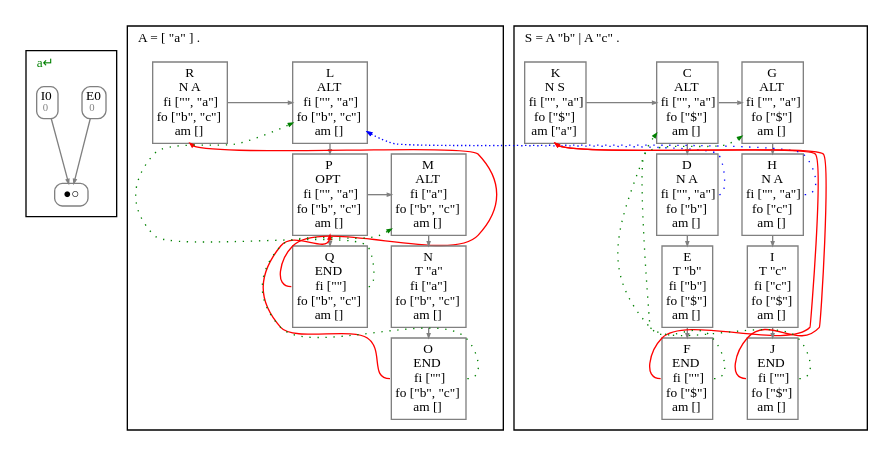
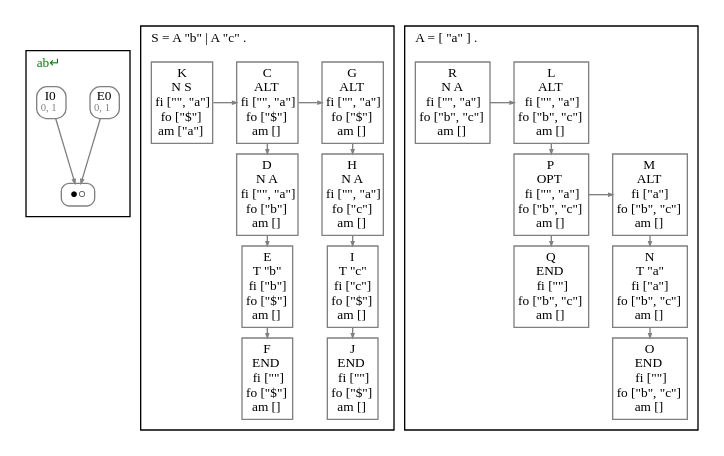
The diagram in ART.gv (JanWillemBrands/AoC2021), drawn with Graphviz before and after one commit. The commit also changed 17 other files, not shown here.

```diff
--- a/ART.gv
+++ b/ART.gv
@@ -1,88 +1,78 @@
 digraph G {
   fontname = Menlo
   fontsize = 10
   node [fontname = Menlo, fontsize = 10, color = gray, height = 0, width = 0, margin= 0.04]
   edge [fontname = Menlo, fontsize = 10, color = gray, arrowsize = 0.3]
   graph [ranksep = 0.1]
   rankdir = "TB"
   subgraph GSS {
     cluster = true
-    label = <a↵> fontcolor = green
+    label = <ab↵> fontcolor = green
     labeljust = l
     node [shape = box, style = rounded, height = 0]
-    E0 [label = <E0<br/><font color="gray" point-size="8.0"> 0</font>>]
+    E0 [label = <E0<br/><font color="gray" point-size="8.0"> 0, 1</font>>]
     E0 -> ●○
-    I0 [label = <I0<br/><font color="gray" point-size="8.0"> 0</font>>]
+    I0 [label = <I0<br/><font color="gray" point-size="8.0"> 0, 1</font>>]
     I0 -> ●○
+  }
+  subgraph clusterS {
+    node [shape = box]
+    label = <S = A "b" | A "c" .>
+    labeljust = l
+    SR0C0 [label = <K<br/>N S<br/>fi ["", "a"]<br/>fo ["$"]<br/>am ["a"]>]
+    SR0C1 [label = <C<br/>ALT <br/>fi ["", "a"]<br/>fo ["$"]<br/>am []>]
+    SR1C1 [label = <D<br/>N A<br/>fi ["", "a"]<br/>fo ["b"]<br/>am []>]
+    SR2C1 [label = <E<br/>T "b"<br/>fi ["b"]<br/>fo ["$"]<br/>am []>]
+    SR3C1 [label = <F<br/>END <br/>fi [""]<br/>fo ["$"]<br/>am []>]
+    SR2C1 -> SR3C1 [weight=100000000]
+    SR1C1 -> SR2C1 [weight=100000000]
+    SR0C1 -> SR1C1 [weight=100000000]
+    SR0C2 [label = <G<br/>ALT <br/>fi ["", "a"]<br/>fo ["$"]<br/>am []>]
+    SR1C2 [label = <H<br/>N A<br/>fi ["", "a"]<br/>fo ["c"]<br/>am []>]
+    SR2C2 [label = <I<br/>T "c"<br/>fi ["c"]<br/>fo ["$"]<br/>am []>]
+    SR3C2 [label = <J<br/>END <br/>fi [""]<br/>fo ["$"]<br/>am []>]
+    SR2C2 -> SR3C2 [weight=100000000]
+    SR1C2 -> SR2C2 [weight=100000000]
+    SR0C2 -> SR1C2 [weight=100000000]
+    rank = same {SR0C1 -> SR0C2}
+    rank = same {SR0C0 -> SR0C1}
+    node [style = invis]
+    edge [style = invis]
+    SR0C0 -> SR1C0 [weight=100000000]
+    rank = same {SR1C0 -> SR1C1}
+    SR1C0 -> SR2C0 [weight=100000000]
+    rank = same {SR2C0 -> SR2C1}
+    SR2C0 -> SR3C0 [weight=100000000]
+    rank = same {SR3C0 -> SR3C1}
   }
   subgraph clusterA {
     node [shape = box]
     label = <A = [ "a" ] .>
     labeljust = l
     AR0C0 [label = <R<br/>N A<br/>fi ["", "a"]<br/>fo ["b", "c"]<br/>am []>]
     AR0C1 [label = <L<br/>ALT <br/>fi ["", "a"]<br/>fo ["b", "c"]<br/>am []>]
     AR1C1 [label = <P<br/>OPT <br/>fi ["", "a"]<br/>fo ["b", "c"]<br/>am []>]
     AR2C1 [label = <Q<br/>END <br/>fi [""]<br/>fo ["b", "c"]<br/>am []>]
     AR1C1 -> AR2C1 [weight=100000000]
     AR1C2 [label = <M<br/>ALT <br/>fi ["a"]<br/>fo ["b", "c"]<br/>am []>]
     AR2C2 [label = <N<br/>T "a"<br/>fi ["a"]<br/>fo ["b", "c"]<br/>am []>]
     AR3C2 [label = <O<br/>END <br/>fi [""]<br/>fo ["b", "c"]<br/>am []>]
     AR2C2 -> AR3C2 [weight=100000000]
     AR1C2 -> AR2C2 [weight=100000000]
     rank = same {AR1C1 -> AR1C2}
     AR0C1 -> AR1C1 [weight=100000000]
     rank = same {AR0C0 -> AR0C1}
     node [style = invis]
     edge [style = invis]
     rank = same {AR0C1 -> AR0C2}
     AR0C0 -> AR1C0 [weight=100000000]
     rank = same {AR1C0 -> AR1C1}
     AR0C2 -> AR1C2 [weight=100000000]
     AR1C0 -> AR2C0 [weight=100000000]
     rank = same {AR2C0 -> AR2C1}
     AR2C0 -> AR3C0 [weight=100000000]
     AR2C1 -> AR3C1 [weight=100000000]
     rank = same {AR3C0 -> AR3C1}
     rank = same {AR3C1 -> AR3C2}
   }
-  subgraph clusterS {
-    node [shape = box]
-    label = <S = A "b" | A "c" .>
-    labeljust = l
-    SR0C0 [label = <K<br/>N S<br/>fi ["", "a"]<br/>fo ["$"]<br/>am ["a"]>]
-    SR0C1 [label = <C<br/>ALT <br/>fi ["", "a"]<br/>fo ["$"]<br/>am []>]
-    SR1C1 [label = <D<br/>N A<br/>fi ["", "a"]<br/>fo ["b"]<br/>am []>]
-    SR2C1 [label = <E<br/>T "b"<br/>fi ["b"]<br/>fo ["$"]<br/>am []>]
-    SR3C1 [label = <F<br/>END <br/>fi [""]<br/>fo ["$"]<br/>am []>]
-    SR2C1 -> SR3C1 [weight=100000000]
-    SR1C1 -> SR2C1 [weight=100000000]
-    SR0C1 -> SR1C1 [weight=100000000]
-    SR0C2 [label = <G<br/>ALT <br/>fi ["", "a"]<br/>fo ["$"]<br/>am []>]
-    SR1C2 [label = <H<br/>N A<br/>fi ["", "a"]<br/>fo ["c"]<br/>am []>]
-    SR2C2 [label = <I<br/>T "c"<br/>fi ["c"]<br/>fo ["$"]<br/>am []>]
-    SR3C2 [label = <J<br/>END <br/>fi [""]<br/>fo ["$"]<br/>am []>]
-    SR2C2 -> SR3C2 [weight=100000000]
-    SR1C2 -> SR2C2 [weight=100000000]
-    SR0C2 -> SR1C2 [weight=100000000]
-    rank = same {SR0C1 -> SR0C2}
-    rank = same {SR0C0 -> SR0C1}
-    node [style = invis]
-    edge [style = invis]
-    SR0C0 -> SR1C0 [weight=100000000]
-    rank = same {SR1C0 -> SR1C1}
-    SR1C0 -> SR2C0 [weight=100000000]
-    rank = same {SR2C0 -> SR2C1}
-    SR2C0 -> SR3C0 [weight=100000000]
-    rank = same {SR3C0 -> SR3C1}
-  }
-  AR2C1:w -> AR0C0:s [style = solid, color = red, constraint = false]
-  AR3C2:w -> AR1C1:s [style = solid, color = red, constraint = false]
-  SR3C1:w -> SR0C0:s [style = solid, color = red, constraint = false]
-  SR3C2:w -> SR0C0:s [style = solid, color = red, constraint = false]
-  AR2C1:e -> AR0C1 [style = dotted, color = green, constraint = false]
-  AR3C2:e -> AR1C2 [style = dotted, color = green, constraint = false]
-  SR3C1:e -> SR0C1 [style = dotted, color = green, constraint = false]
-  SR3C2:e -> SR0C2 [style = dotted, color = green, constraint = false]
-  SR1C1:e -> AR0C1 [style = dotted, color = blue, constraint = false]
-  SR1C2:e -> AR0C1 [style = dotted, color = blue, constraint = false]
 }
```
